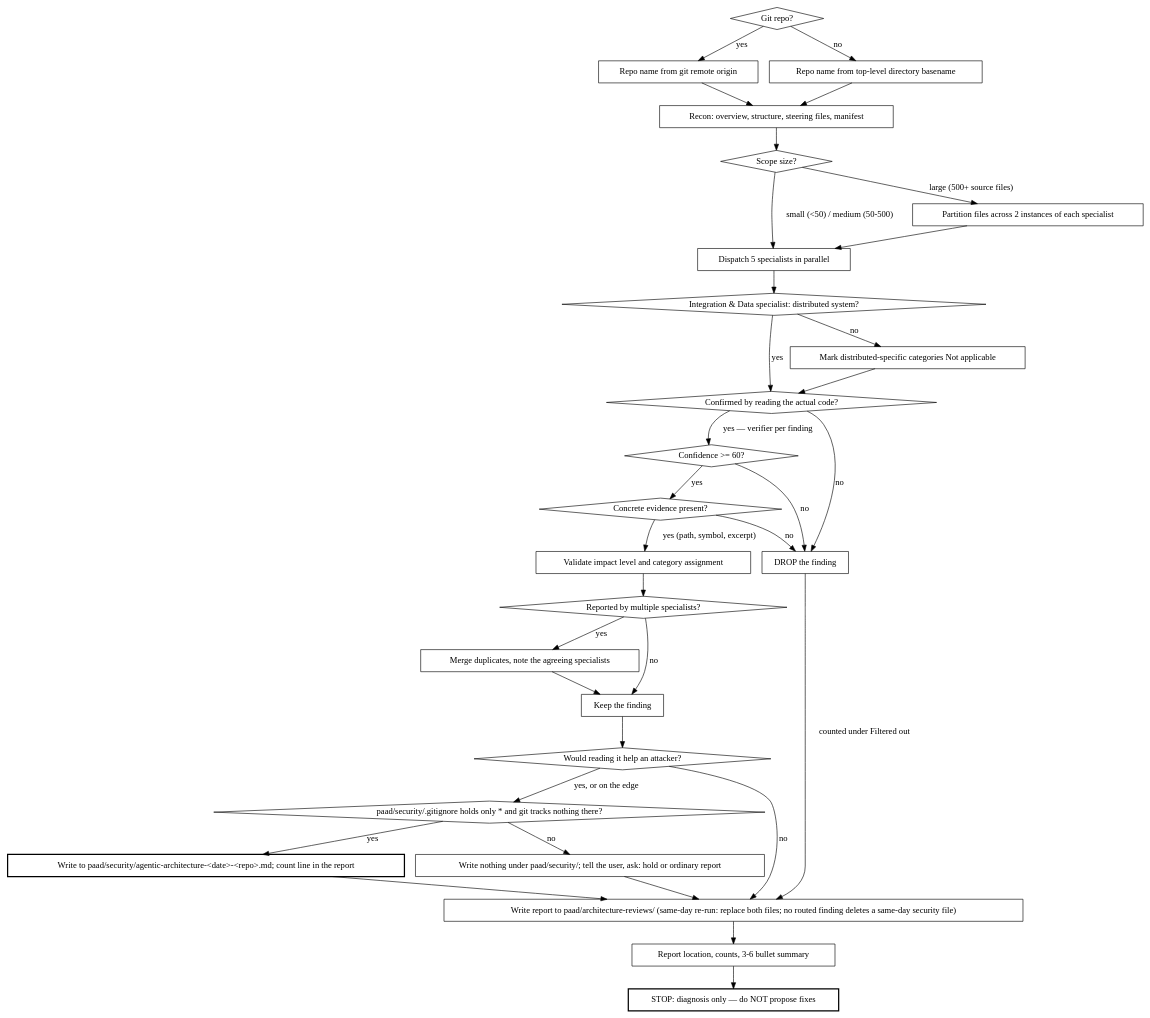
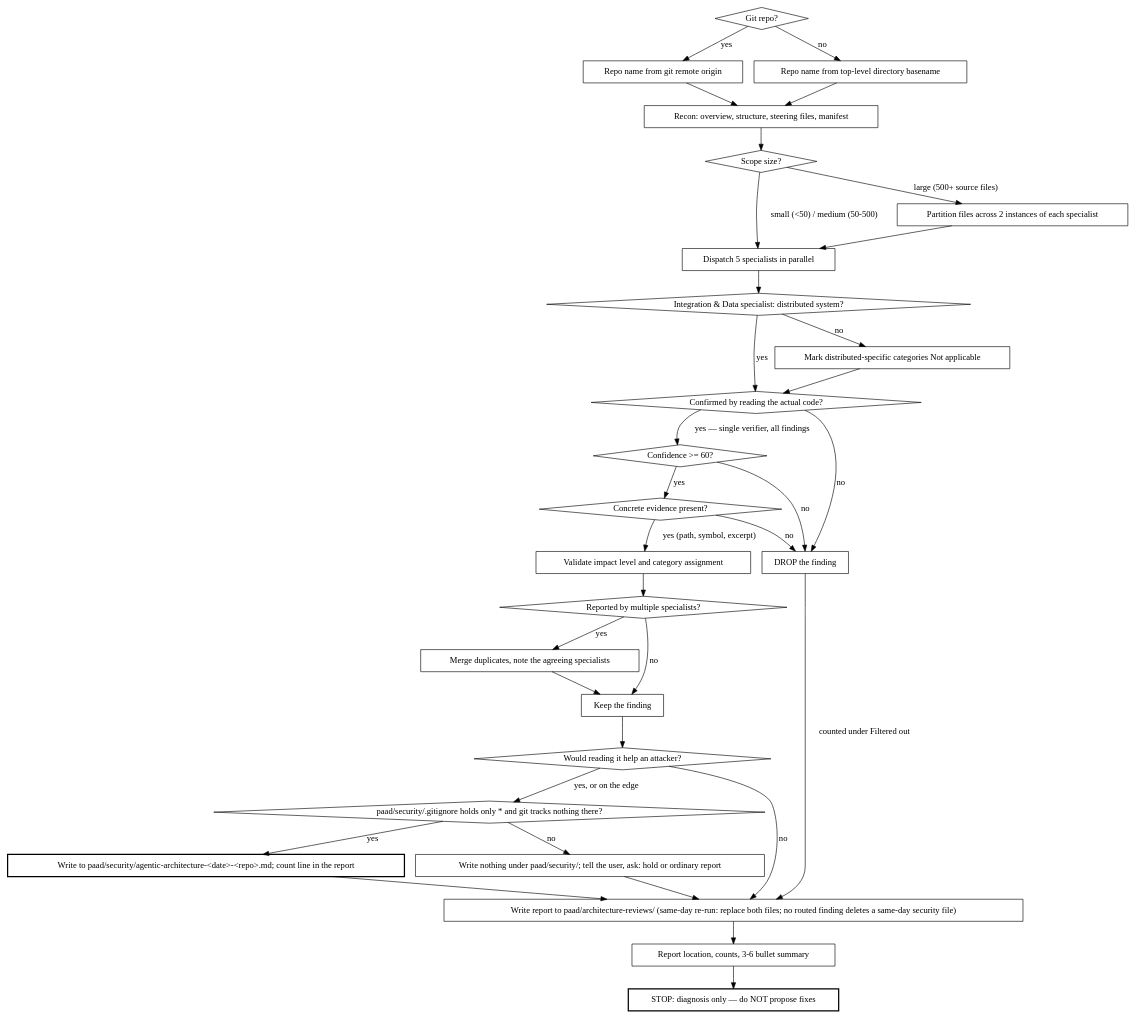
The second of 2 diagrams in preview/paad/skills/agentic-architecture/SKILL.md (Ovid/paad), drawn with Graphviz before and after one commit.

Commit message:
agentic-architecture: make the verifier digraph label match the prose
The digraph said "verifier per finding" while Phase 3 dispatches a single
verifier for all findings. A test on 16 seeded findings (8 real, 8 decoys)
against Dancer2 found the single verifier at the 60 floor made no errors in
5 runs; batching with a 70 re-score floor cost 3.7x the tokens and pushed
real Low-impact findings toward the drop line, so the prose stays and the
label is corrected instead.

````diff
--- a/preview/paad/skills/agentic-architecture/SKILL.md
+++ b/preview/paad/skills/agentic-architecture/SKILL.md
@@ -37,65 +37,65 @@
 ```dot
 digraph analysis_flow {
   "Git repo?" [shape=diamond];
   "Scope size?" [shape=diamond];
   "Integration & Data specialist: distributed system?" [shape=diamond];
   "Confirmed by reading the actual code?" [shape=diamond];
   "Confidence >= 60?" [shape=diamond];
   "Concrete evidence present?" [shape=diamond];
   "Reported by multiple specialists?" [shape=diamond];
 
   "Repo name from git remote origin" [shape=box];
   "Repo name from top-level directory basename" [shape=box];
   "Recon: overview, structure, steering files, manifest" [shape=box];
   "Dispatch 5 specialists in parallel" [shape=box];
   "Partition files across 2 instances of each specialist" [shape=box];
   "Mark distributed-specific categories Not applicable" [shape=box];
   "Validate impact level and category assignment" [shape=box];
   "Merge duplicates, note the agreeing specialists" [shape=box];
   "DROP the finding" [shape=box];
   "Keep the finding" [shape=box];
   "Would reading it help an attacker?" [shape=diamond];
   "Write to paad/security/agentic-architecture-<date>-<repo>.md; count line in the report" [shape=box, style=bold];
   "paad/security/.gitignore holds only * and git tracks nothing there?" [shape=diamond];
   "Write nothing under paad/security/; tell the user, ask: hold or ordinary report" [shape=box];
   "Write report to paad/architecture-reviews/ (same-day re-run: replace both files; no routed finding deletes a same-day security file)" [shape=box];
   "Report location, counts, 3-6 bullet summary" [shape=box];
   "STOP: diagnosis only — do NOT propose fixes" [shape=box, style=bold];
 
   "Git repo?" -> "Repo name from git remote origin" [label="yes"];
   "Git repo?" -> "Repo name from top-level directory basename" [label="no"];
   "Repo name from git remote origin" -> "Recon: overview, structure, steering files, manifest";
   "Repo name from top-level directory basename" -> "Recon: overview, structure, steering files, manifest";
   "Recon: overview, structure, steering files, manifest" -> "Scope size?";
 
   "Scope size?" -> "Dispatch 5 specialists in parallel" [label="small (<50) / medium (50-500)"];
   "Scope size?" -> "Partition files across 2 instances of each specialist" [label="large (500+ source files)"];
   "Partition files across 2 instances of each specialist" -> "Dispatch 5 specialists in parallel";
   "Dispatch 5 specialists in parallel" -> "Integration & Data specialist: distributed system?";
   "Integration & Data specialist: distributed system?" -> "Confirmed by reading the actual code?" [label="yes"];
   "Integration & Data specialist: distributed system?" -> "Mark distributed-specific categories Not applicable" [label="no"];
   "Mark distributed-specific categories Not applicable" -> "Confirmed by reading the actual code?";
 
-  "Confirmed by reading the actual code?" -> "Confidence >= 60?" [label="yes — verifier per finding"];
+  "Confirmed by reading the actual code?" -> "Confidence >= 60?" [label="yes — single verifier, all findings"];
   "Confirmed by reading the actual code?" -> "DROP the finding" [label="no"];
   "Confidence >= 60?" -> "Concrete evidence present?" [label="yes"];
   "Confidence >= 60?" -> "DROP the finding" [label="no"];
   "Concrete evidence present?" -> "Validate impact level and category assignment" [label="yes (path, symbol, excerpt)"];
   "Concrete evidence present?" -> "DROP the finding" [label="no"];
   "Validate impact level and category assignment" -> "Reported by multiple specialists?";
   "Reported by multiple specialists?" -> "Merge duplicates, note the agreeing specialists" [label="yes"];
   "Reported by multiple specialists?" -> "Keep the finding" [label="no"];
   "Merge duplicates, note the agreeing specialists" -> "Keep the finding";
 
   "Keep the finding" -> "Would reading it help an attacker?";
   "Would reading it help an attacker?" -> "paad/security/.gitignore holds only * and git tracks nothing there?" [label="yes, or on the edge"];
   "Would reading it help an attacker?" -> "Write report to paad/architecture-reviews/ (same-day re-run: replace both files; no routed finding deletes a same-day security file)" [label="no"];
   "Write to paad/security/agentic-architecture-<date>-<repo>.md; count line in the report" -> "Write report to paad/architecture-reviews/ (same-day re-run: replace both files; no routed finding deletes a same-day security file)";
   "paad/security/.gitignore holds only * and git tracks nothing there?" -> "Write to paad/security/agentic-architecture-<date>-<repo>.md; count line in the report" [label="yes"];
   "paad/security/.gitignore holds only * and git tracks nothing there?" -> "Write nothing under paad/security/; tell the user, ask: hold or ordinary report" [label="no"];
   "Write nothing under paad/security/; tell the user, ask: hold or ordinary report" -> "Write report to paad/architecture-reviews/ (same-day re-run: replace both files; no routed finding deletes a same-day security file)";
   "DROP the finding" -> "Write report to paad/architecture-reviews/ (same-day re-run: replace both files; no routed finding deletes a same-day security file)" [label="counted under Filtered out"];
   "Write report to paad/architecture-reviews/ (same-day re-run: replace both files; no routed finding deletes a same-day security file)" -> "Report location, counts, 3-6 bullet summary";
   "Report location, counts, 3-6 bullet summary" -> "STOP: diagnosis only — do NOT propose fixes";
 }
 ```
````
